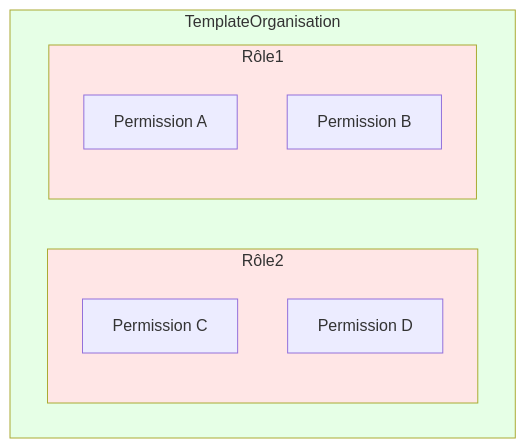
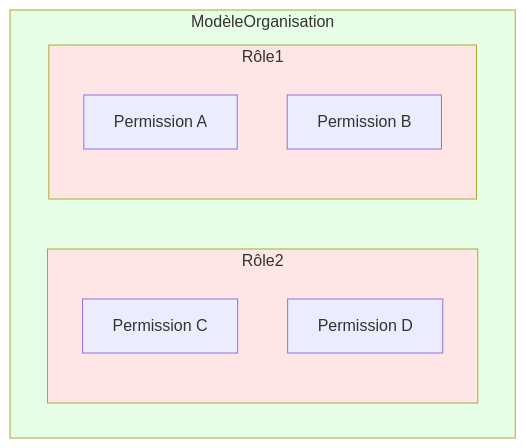
The fourth of 7 diagrams in i18n/fr/docusaurus-plugin-content-docs/current/use-cases/multi-tenancy/build-multi-tenant-saas-application.mdx (logto-io/docs), drawn with Mermaid before and after one commit. The commit also changed other lines of this file and 74 other files, not shown here.

````diff
--- a/i18n/fr/docusaurus-plugin-content-docs/current/use-cases/multi-tenancy/build-multi-tenant-saas-application.mdx
+++ b/i18n/fr/docusaurus-plugin-content-docs/current/use-cases/multi-tenancy/build-multi-tenant-saas-application.mdx
@@ -260,18 +260,18 @@
 ```mermaid
 graph TD
-    subgraph organization_template[TemplateOrganisation]
+    subgraph organization_template[ModèleOrganisation]
         subgraph role_2[Rôle2]
             permission_c[Permission C]
             permission_d[Permission D]
         end
 
         subgraph role_1[Rôle1]
             permission_a[Permission A]
             permission_b[Permission B]
         end
     end
 
     style organization_template fill:#e6ffe6
     style role_1 fill:#ffe6e6
     style role_2 fill:#ffe6e6
 ```
````
